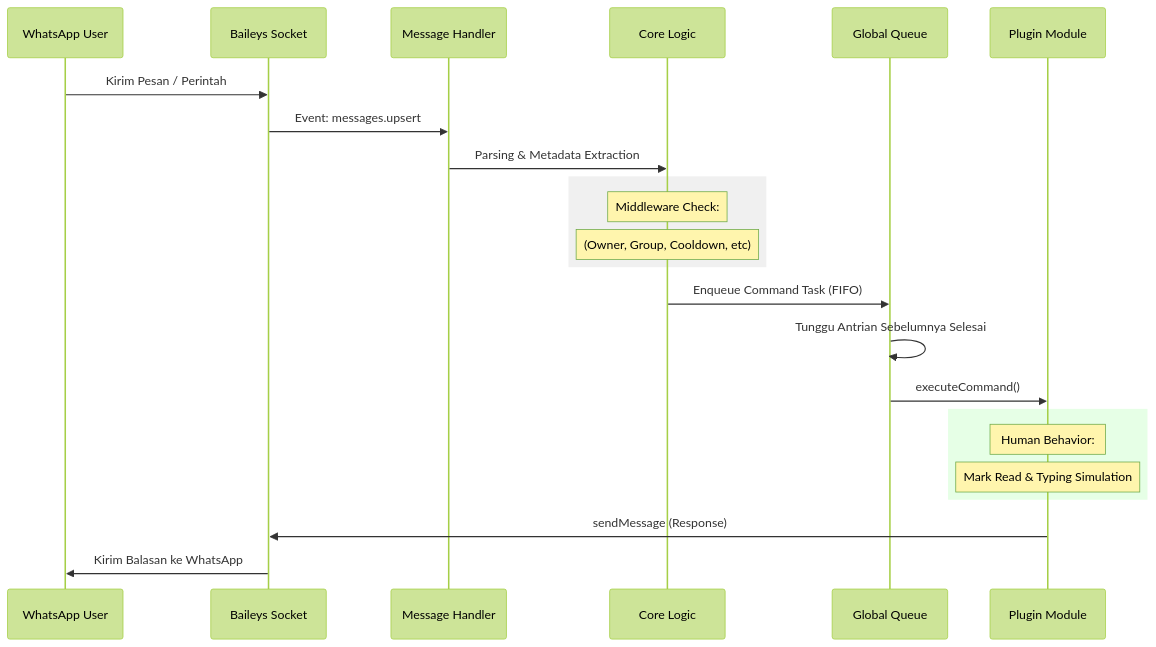
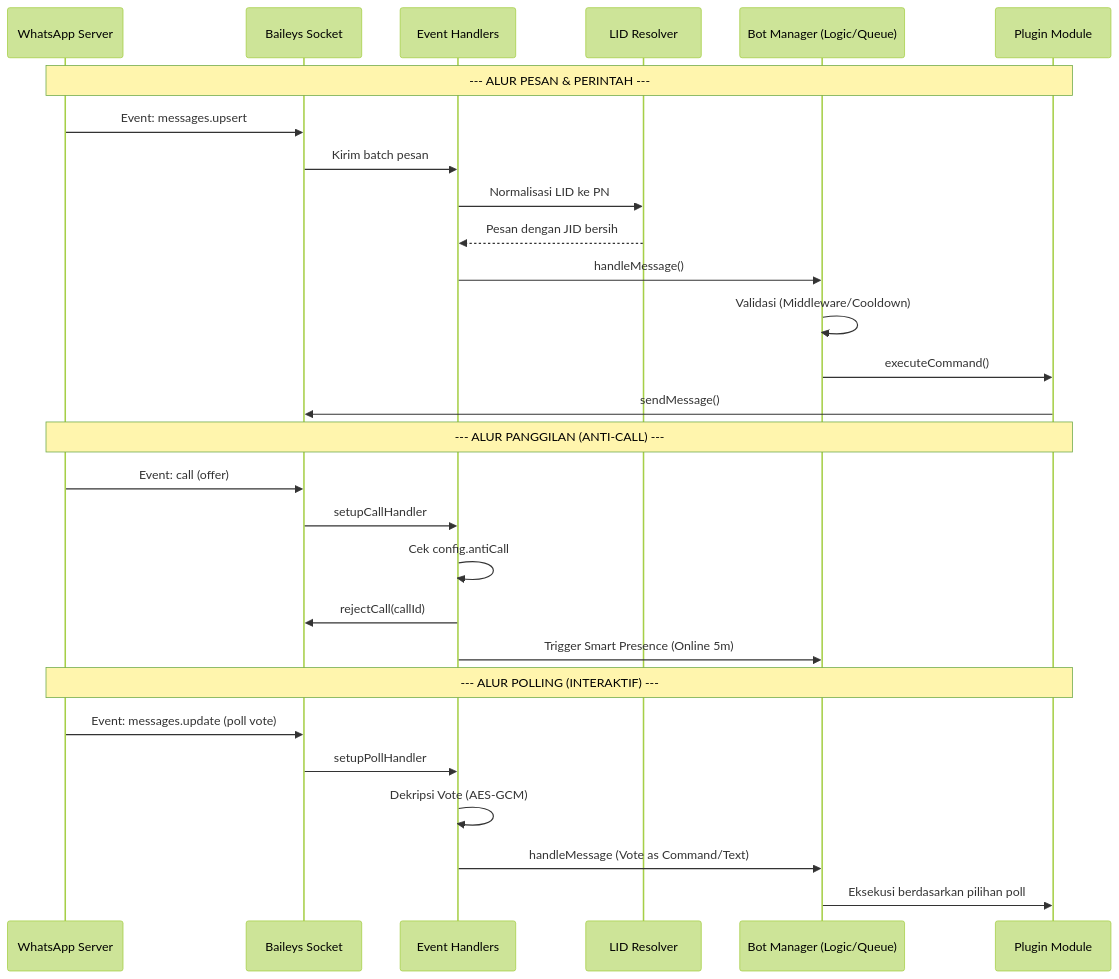
Before and after one commit to vanes430/botwa: the diagram in README.md, drawn with Mermaid (forest theme). The commit also changed other lines of this file, not shown here.

Commit message:
docs: add comprehensive system walkthrough (calls, polls, LID)

````diff
--- a/README.md
+++ b/README.md
@@ -72,32 +77,33 @@
 ```mermaid
 sequenceDiagram
-    participant User as WhatsApp User
+    participant WA as WhatsApp Server
     participant Socket as Baileys Socket
-    participant Upsert as Message Handler
-    participant Logic as Core Logic
-    participant Queue as Global Queue
+    participant Handler as Event Handlers
+    participant Resolver as LID Resolver
+    participant Manager as Bot Manager (Logic/Queue)
     participant Plugin as Plugin Module
 
-    User->>Socket: Kirim Pesan / Perintah
-    Socket->>Upsert: Event: messages.upsert
-    Upsert->>Logic: Parsing & Metadata Extraction
-    
-    rect rgb(240, 240, 240)
-        Note over Logic: Middleware Check:
-        Note over Logic: (Owner, Group, Cooldown, etc)
-    end
+    Note over WA, Plugin: --- ALUR PESAN & PERINTAH ---
+    WA->>Socket: Event: messages.upsert
+    Socket->>Handler: Kirim batch pesan
+    Handler->>Resolver: Normalisasi LID ke PN
+    Resolver-->>Handler: Pesan dengan JID bersih
+    Handler->>Manager: handleMessage()
+    Manager->>Manager: Validasi (Middleware/Cooldown)
+    Manager->>Plugin: executeCommand()
+    Plugin->>Socket: sendMessage()
 
-    Logic->>Queue: Enqueue Command Task (FIFO)
-    
-    Queue->>Queue: Tunggu Antrian Sebelumnya Selesai
-    
-    Queue->>Plugin: executeCommand()
-    
-    rect rgb(230, 255, 230)
-        Note over Plugin: Human Behavior:
-        Note over Plugin: Mark Read & Typing Simulation
-    end
+    Note over WA, Plugin: --- ALUR PANGGILAN (ANTI-CALL) ---
+    WA->>Socket: Event: call (offer)
+    Socket->>Handler: setupCallHandler
+    Handler->>Handler: Cek config.antiCall
+    Handler->>Socket: rejectCall(callId)
+    Handler->>Manager: Trigger Smart Presence (Online 5m)
 
-    Plugin->>Socket: sendMessage (Response)
-    Socket->>User: Kirim Balasan ke WhatsApp
+    Note over WA, Plugin: --- ALUR POLLING (INTERAKTIF) ---
+    WA->>Socket: Event: messages.update (poll vote)
+    Socket->>Handler: setupPollHandler
+    Handler->>Handler: Dekripsi Vote (AES-GCM)
+    Handler->>Manager: handleMessage (Vote as Command/Text)
+    Manager->>Plugin: Eksekusi berdasarkan pilihan poll
 ```
````
